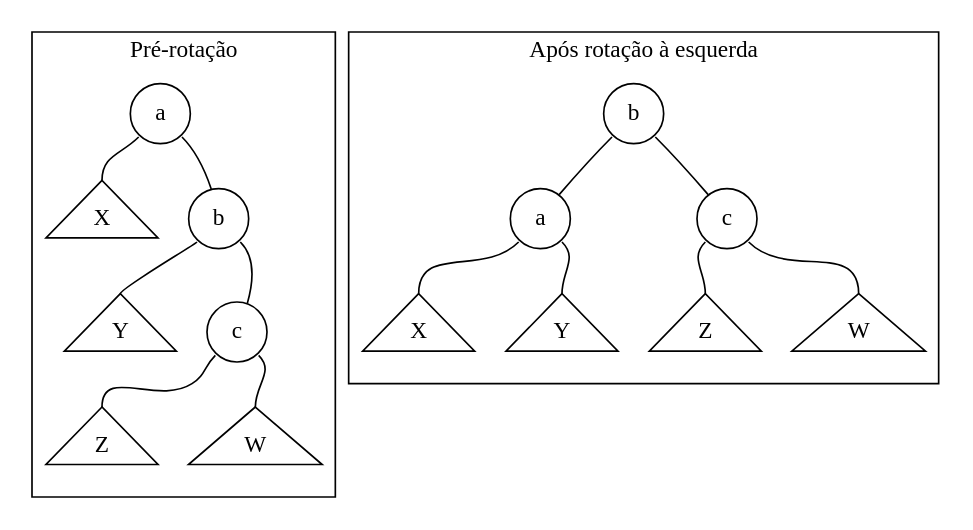
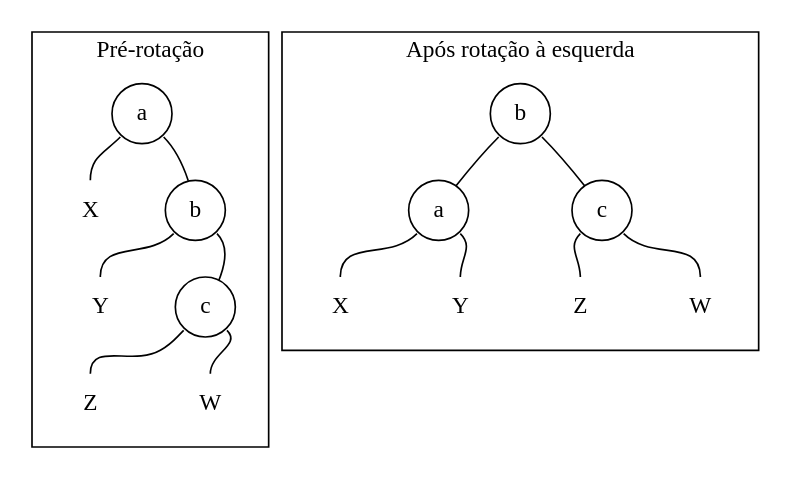
Before and after one commit to luksamuk/study: the first of 5 diagrams in SI/2019-2/AEDS3/estudos/avltree.org, drawn with Graphviz. The commit also changed other lines of this file and 17 other files, not shown here.

```diff
--- a/SI/2019-2/AEDS3/estudos/avltree.org
+++ b/SI/2019-2/AEDS3/estudos/avltree.org
@@ -204,45 +204,45 @@
 #+begin_src dot :file img/lrot.svg
 graph G {
       graph[ranksep=0.3];
       bgcolor="#00000000";
       node [shape=circle];
 
       subgraph cluster_0 {
           label="Pré-rotação";
           a0[label="a"];
           b0[label="b"];
           c0[label="c"];
           
-          LA0[label="X", shape=triangle];
-          LB0[label="Y", shape=triangle];
-          LC0[label="Z", shape=triangle];
-          RC0[label="W", shape=triangle];
+          LA0[label="X", shape=plaintext];
+          LB0[label="Y", shape=plaintext];
+          LC0[label="Z", shape=plaintext];
+          RC0[label="W", shape=plaintext];
 
           a0:sw -- LA0:n;
           a0:se -- b0;
           b0:sw -- LB0:n;
           b0:se -- c0;
           c0:sw -- LC0:n;
           c0:se -- RC0:n;
       }
 
       subgraph cluster_1 {
           label="Após rotação à esquerda";
           a1[label="a"];        
           b1[label="b"];
           c1[label="c"];
           
-          LA1[label="X", shape=triangle];
-          LB1[label="Y", shape=triangle];
-          LC1[label="Z", shape=triangle];
-          RC1[label="W", shape=triangle];
+          LA1[label="X", shape=plaintext];
+          LB1[label="Y", shape=plaintext];
+          LC1[label="Z", shape=plaintext];
+          RC1[label="W", shape=plaintext];
           
           b1:sw -- a1;
           b1:se -- c1;
           a1:sw -- LA1:n;
           a1:se -- LB1:n;
           c1:sw -- LC1:n;
           c1:se -- RC1:n;
       }
 }
 #+end_src
```
